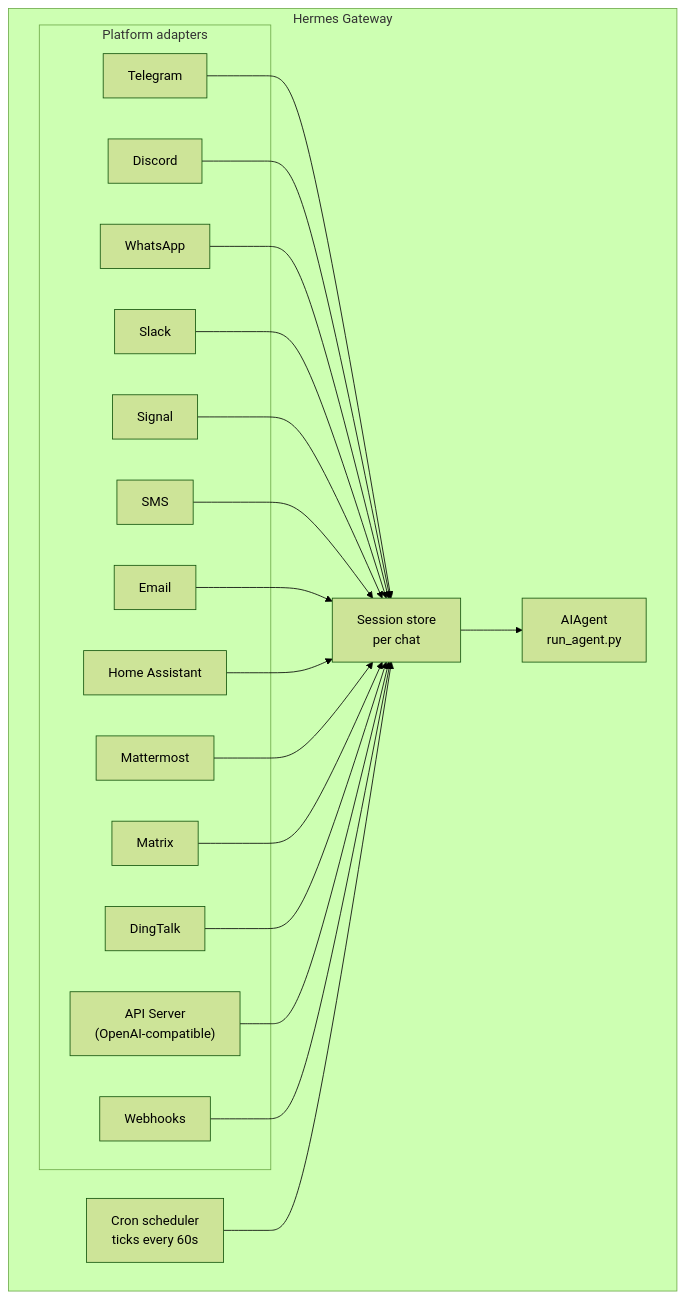
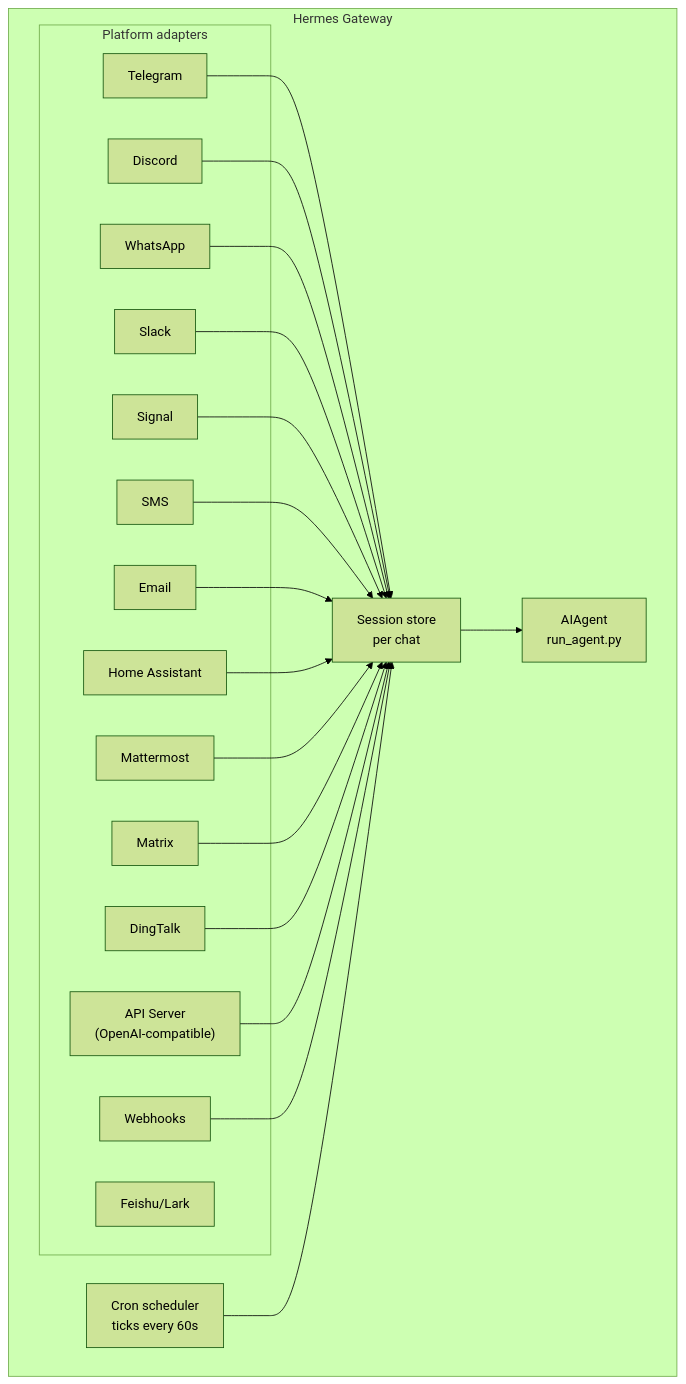
The diagram in website/docs/user-guide/messaging/index.md (NousResearch/hermes-agent), drawn with Mermaid (forest theme) before and after one commit. The commit also changed other lines of this file and 18 other files, not shown here.

First line of the commit message:
feat(gateway): add Feishu/Lark platform support (#3817)

````diff
--- a/website/docs/user-guide/messaging/index.md
+++ b/website/docs/user-guide/messaging/index.md
@@ -15,40 +15,41 @@
 ```mermaid
 flowchart TB
     subgraph Gateway["Hermes Gateway"]
         subgraph Adapters["Platform adapters"]
             tg[Telegram]
             dc[Discord]
             wa[WhatsApp]
             sl[Slack]
             sig[Signal]
             sms[SMS]
             em[Email]
             ha[Home Assistant]
             mm[Mattermost]
             mx[Matrix]
             dt[DingTalk]
+    fs[Feishu/Lark]
             api["API Server<br/>(OpenAI-compatible)"]
             wh[Webhooks]
         end
 
         store["Session store<br/>per chat"]
         agent["AIAgent<br/>run_agent.py"]
         cron["Cron scheduler<br/>ticks every 60s"]
     end
 
     tg --> store
     dc --> store
     wa --> store
     sl --> store
     sig --> store
     sms --> store
     em --> store
     ha --> store
     mm --> store
     mx --> store
     dt --> store
     api --> store
     wh --> store
     store --> agent
     cron --> store
 ```
````
